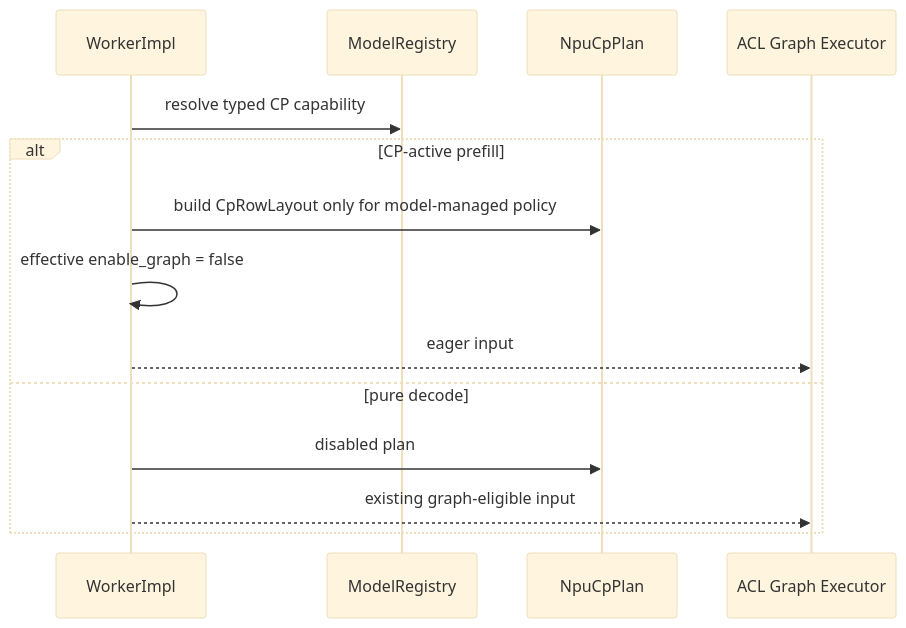
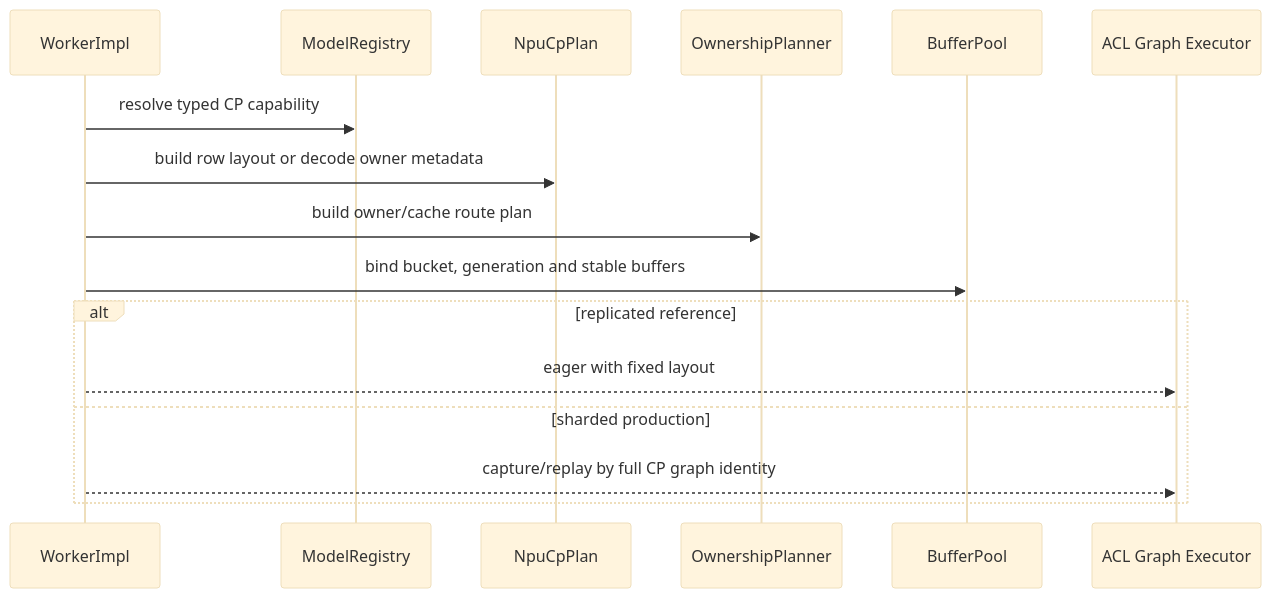
The first of 2 diagrams in docs/src/content/docs/zh/design/deepseek_v4_npu_cp_pre_compressor_implementation.md (DongheJin/xllm), drawn with Mermaid (base theme) before and after one commit. The commit also changed other lines of this file and 97 other files, not shown here.

````diff
--- a/docs/src/content/docs/zh/design/deepseek_v4_npu_cp_pre_compressor_implementation.md
+++ b/docs/src/content/docs/zh/design/deepseek_v4_npu_cp_pre_compressor_implementation.md
@@ -519,17 +927,19 @@
 ```mermaid
 sequenceDiagram
   participant W as WorkerImpl
   participant R as ModelRegistry
   participant P as NpuCpPlan
+  participant O as OwnershipPlanner
+  participant B as BufferPool
   participant G as ACL Graph Executor
 
   W->>R: resolve typed CP capability
-  alt CP-active prefill
-    W->>P: build CpRowLayout only for model-managed policy
-    W->>W: effective enable_graph = false
-    W-->>G: eager input
-  else pure decode
-    W->>P: disabled plan
-    W-->>G: existing graph-eligible input
+  W->>P: build row layout or decode owner metadata
+  W->>O: build owner/cache route plan
+  W->>B: bind bucket, generation and stable buffers
+  alt replicated reference
+    W-->>G: eager with fixed layout
+  else sharded production
+    W-->>G: capture/replay by full CP graph identity
   end
 ```
````
